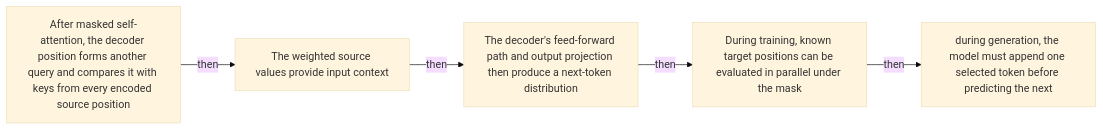
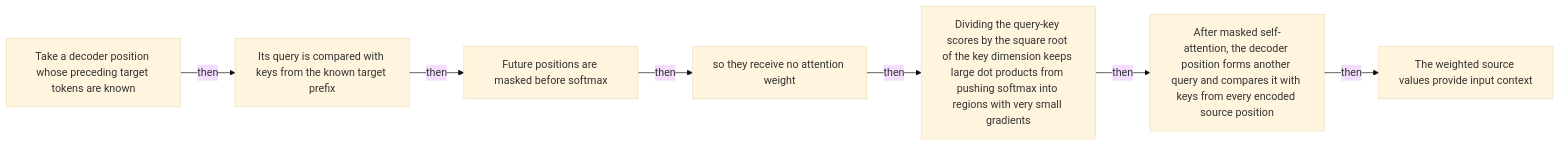
Diagram 25 of 54 in docs/visual-manifests/VISUAL_MANIFEST_ATTENTION_IS_ALL_YOU_NEED.md (Betancourt1/paper_atlas), drawn with Mermaid (base theme) before and after one commit. The commit also changed other lines of this file and 7 other files, not shown here.

````diff
--- a/docs/visual-manifests/VISUAL_MANIFEST_ATTENTION_IS_ALL_YOU_NEED.md
+++ b/docs/visual-manifests/VISUAL_MANIFEST_ATTENTION_IS_ALL_YOU_NEED.md
@@ -2008,12 +2002,16 @@
 ```mermaid
 flowchart LR
-  n1["After masked self-attention, the decoder position forms another query and compares it with keys from every encoded source position"]
-  n2["The weighted source values provide input context"]
-  n3["The decoder's feed-forward path and output projection then produce a next-token distribution"]
-  n4["During training, known target positions can be evaluated in parallel under the mask"]
-  n5["during generation, the model must append one selected token before predicting the next"]
+  n1["Take a decoder position whose preceding target tokens are known"]
+  n2["Its query is compared with keys from the known target prefix"]
+  n3["Future positions are masked before softmax"]
+  n4["so they receive no attention weight"]
+  n5["Dividing the query-key scores by the square root of the key dimension keeps large dot products from pushing softmax into regions with very small gradients"]
+  n6["After masked self-attention, the decoder position forms another query and compares it with keys from every encoded source position"]
+  n7["The weighted source values provide input context"]
   n1 -->|"then"| n2
   n2 -->|"then"| n3
   n3 -->|"then"| n4
   n4 -->|"then"| n5
+  n5 -->|"then"| n6
+  n6 -->|"then"| n7
 ```
````
